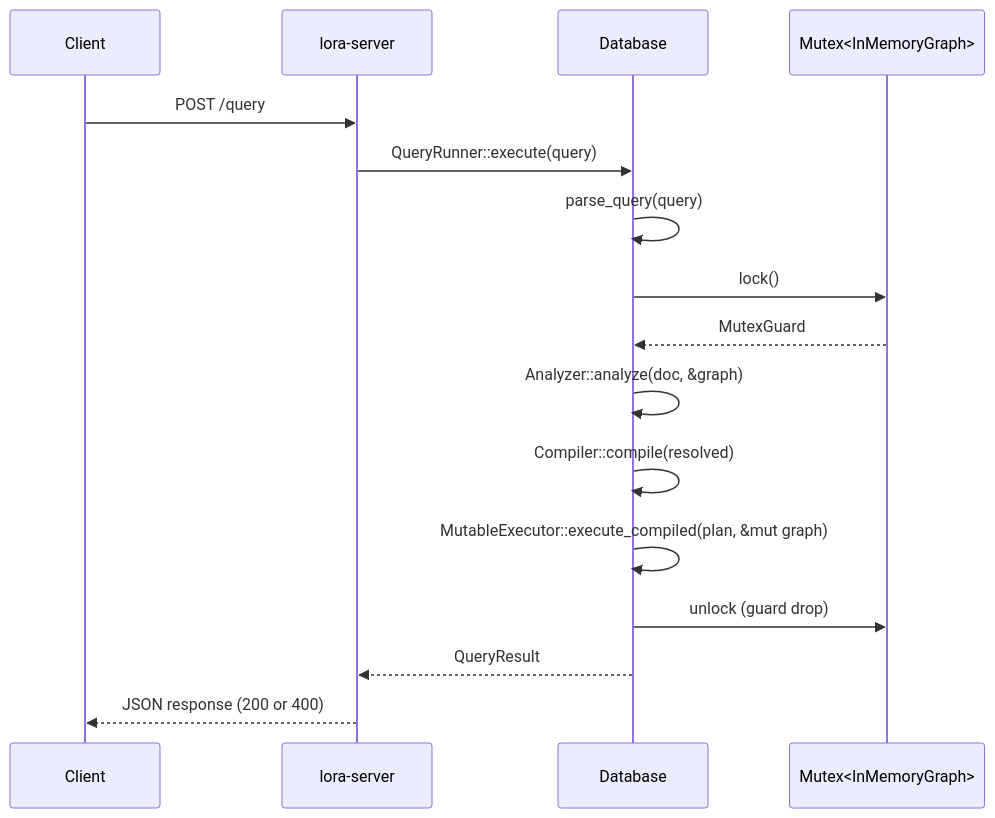
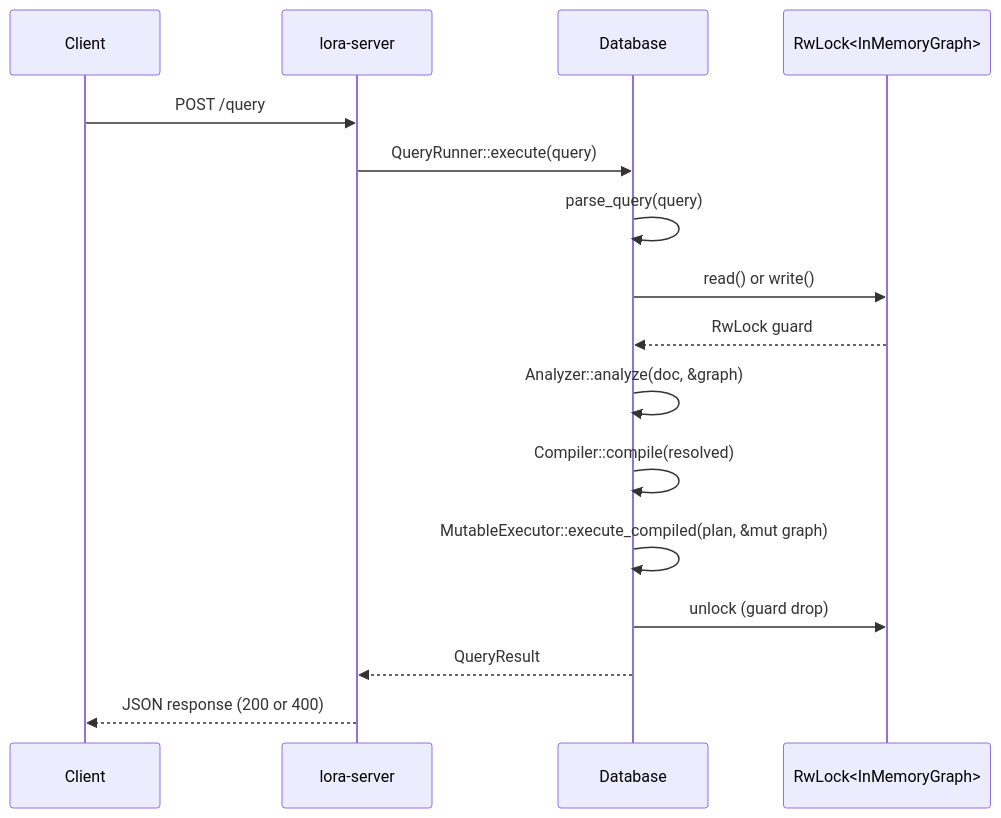
The diagram in docs/architecture/data-flow.md (lora-db/lora), drawn with Mermaid before and after one commit. The commit also changed other lines of this file and 14 other files, not shown here.

````diff
--- a/docs/architecture/data-flow.md
+++ b/docs/architecture/data-flow.md
@@ -154,19 +160,19 @@
 ```mermaid
 sequenceDiagram
     participant C as Client
     participant S as lora-server
     participant D as Database
-    participant M as Mutex<InMemoryGraph>
+    participant M as RwLock<InMemoryGraph>
 
     C->>S: POST /query
     S->>D: QueryRunner::execute(query)
     D->>D: parse_query(query)
-    D->>M: lock()
-    M-->>D: MutexGuard
+    D->>M: read() or write()
+    M-->>D: RwLock guard
     D->>D: Analyzer::analyze(doc, &graph)
     D->>D: Compiler::compile(resolved)
     D->>D: MutableExecutor::execute_compiled(plan, &mut graph)
     D->>M: unlock (guard drop)
     D-->>S: QueryResult
     S-->>C: JSON response (200 or 400)
 ```
````
